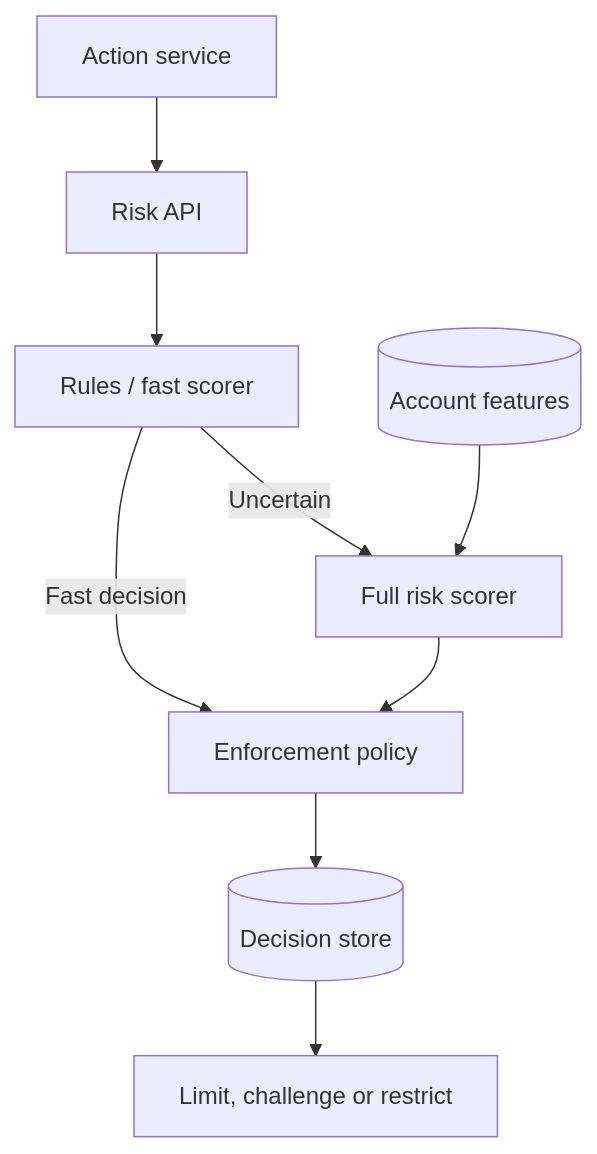
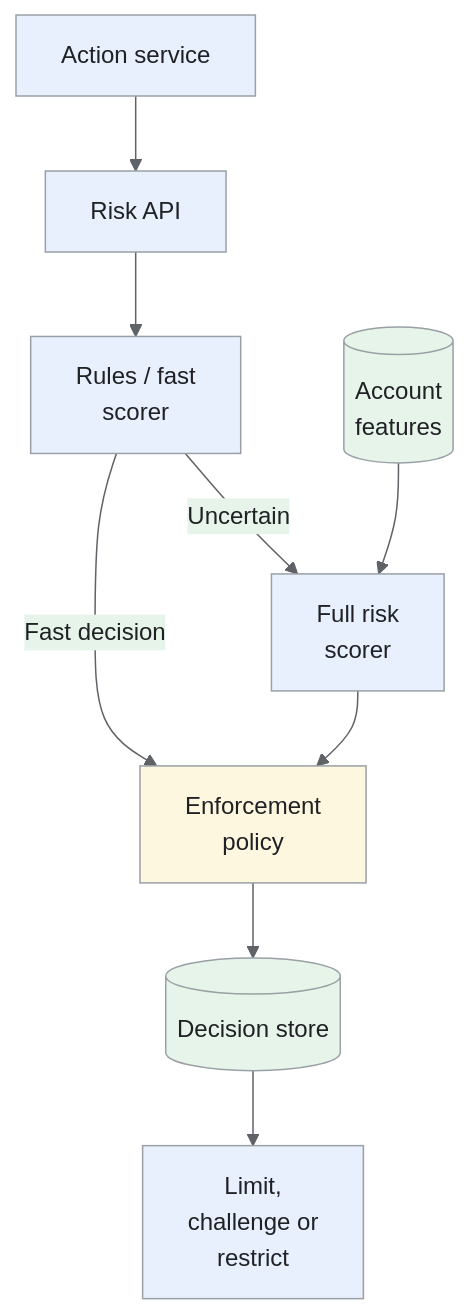
The first of 6 diagrams in _designs/bot-detection.md (iliazlobin/iliazlobin.github.io), drawn with Mermaid before and after one commit. The commit also changed other lines of this file and 131 other files, not shown here.

````diff
--- a/_designs/bot-detection.md
+++ b/_designs/bot-detection.md
@@ -128,11 +130,19 @@
 ```mermaid
+%%{init: {'theme':'base','themeVariables':{'primaryColor':'#e8f0fe','primaryTextColor':'#202124','primaryBorderColor':'#9aa0a6','lineColor':'#5f6368','secondaryColor':'#e6f4ea','tertiaryColor':'#fef7e0','actorBkg':'#e8f0fe','actorBorder':'#9aa0a6','actorTextColor':'#202124','noteBkgColor':'#fef7e0','noteTextColor':'#202124','noteBorderColor':'#9aa0a6','signalColor':'#5f6368','signalTextColor':'#202124','labelBoxBkgColor':'#fef7e0','labelBoxBorderColor':'#9aa0a6'}}}%%
 flowchart TB
     A["Action service"] --> API["Risk API"]
-    API --> FAST["Rules / fast scorer"]
-    FAST -->|"Uncertain"| FULL["Full risk scorer"]
-    FAST -->|"Fast decision"| POLICY["Enforcement policy"]
+    API --> FAST["Rules / fast<br>scorer"]
+    FAST -->|"Uncertain"| FULL["Full risk<br>scorer"]
+    FAST -->|"Fast decision"| POLICY["Enforcement<br>policy"]
     FULL --> POLICY
-    F[("Account features")] --> FULL
+    F[("Account<br>features")] --> FULL
     POLICY --> D[("Decision store")]
-    D --> OUT["Limit, challenge or restrict"]
+    D --> OUT["Limit,<br>challenge or<br>restrict"]
+classDef request fill:#e8f0fe,stroke:#9aa0a6,color:#202124;
+classDef data fill:#e6f4ea,stroke:#9aa0a6,color:#202124;
+classDef control fill:#fef7e0,stroke:#9aa0a6,color:#202124;
+class A,API,FAST,FULL,OUT request;
+class F,D data;
+class POLICY control;
+
 ```
````
